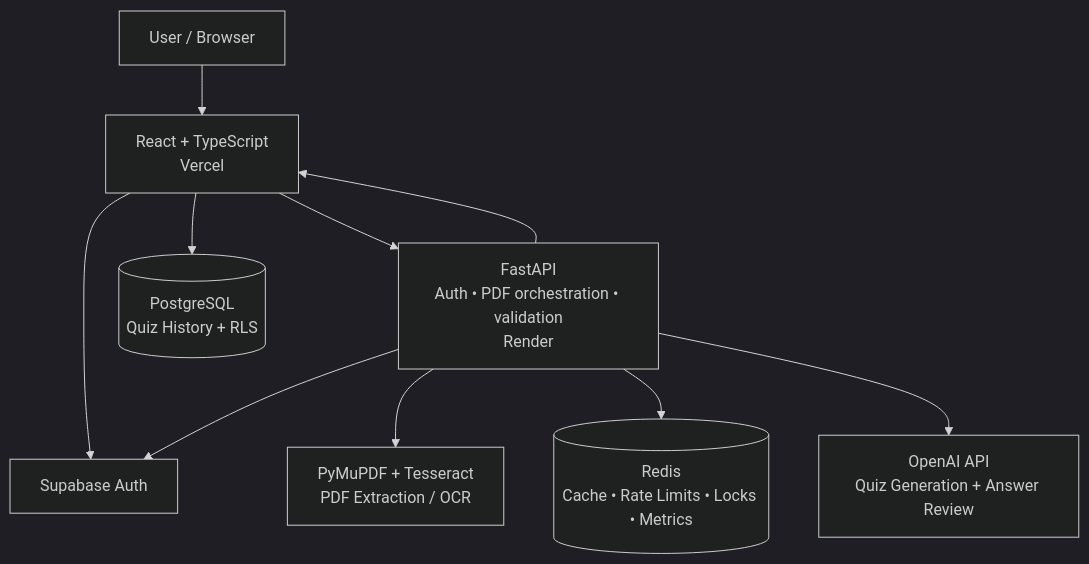
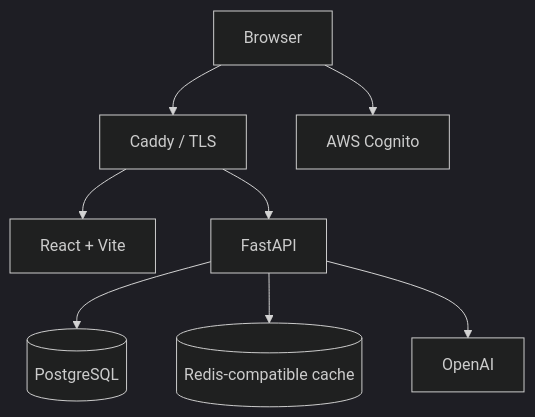
The diagram in README.md (HamedGithubforwork/QuizForge-AI), drawn with Mermaid (dark theme) before and after one commit. The commit also changed other lines of this file, not shown here.

````diff
--- a/README.md
+++ b/README.md
@@ -135,23 +93,19 @@
 ```mermaid
 flowchart TD
-    USER[User / Browser]
-    FE[React + TypeScript<br/>Vercel]
-    API[FastAPI<br/>Auth • PDF orchestration • validation<br/>Render]
+    U[Browser]
+    C[Caddy / TLS]
+    F[React + Vite]
+    A[FastAPI]
+    I[AWS Cognito]
+    P[(PostgreSQL)]
+    R[(Redis-compatible cache)]
+    O[OpenAI]
 
-    AUTH[Supabase Auth]
-    DB[(PostgreSQL<br/>Quiz History + RLS)]
-    PDF[PyMuPDF + Tesseract<br/>PDF Extraction / OCR]
-    REDIS[(Redis<br/>Cache • Rate Limits • Locks • Metrics)]
-    AI[OpenAI API<br/>Quiz Generation + Answer Review]
-
-    USER --> FE
-    FE --> AUTH
-    FE --> DB
-    FE --> API
-
-    API --> AUTH
-    API --> PDF
-    API --> REDIS
-    API --> AI
-    API --> FE
+    U --> C
+    C --> F
+    C --> A
+    U --> I
+    A --> P
+    A --> R
+    A --> O
 ```
````
